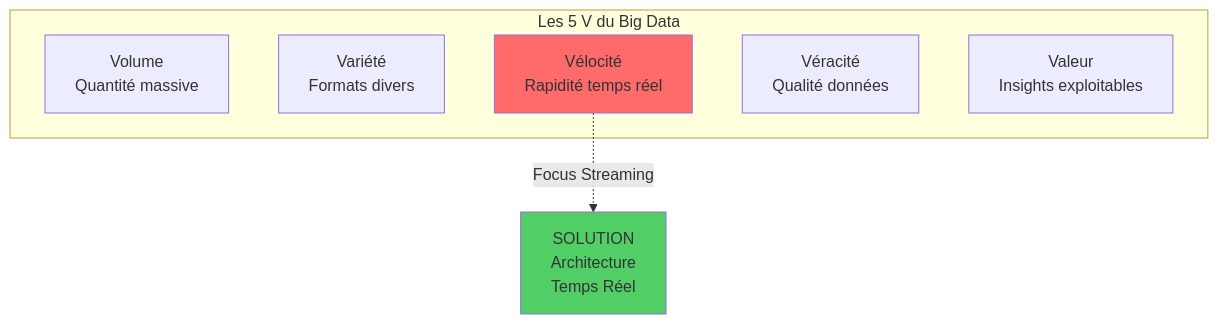
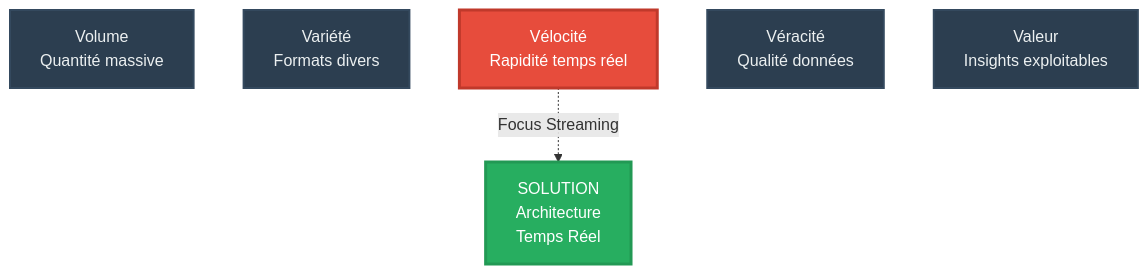
Before and after one commit to inskillflow/AWS-Streaming-Analytics-Pipeline-Kinesis-Firehose-Lambda-OpenSearch: the first of 5 diagrams in FORMATION-PROFESSIONNELLE-PARTIE-1/01-COURS/MODULE-01-Architecture-Streaming-AWS.md, drawn with Mermaid. The commit also changed other lines of this file and 2 other files, not shown here.

````diff
--- a/FORMATION-PROFESSIONNELLE-PARTIE-1/01-COURS/MODULE-01-Architecture-Streaming-AWS.md
+++ b/FORMATION-PROFESSIONNELLE-PARTIE-1/01-COURS/MODULE-01-Architecture-Streaming-AWS.md
@@ -16,14 +12,17 @@
 ```mermaid
 graph TB
-    subgraph "Les 5 V du Big Data"
-        A[Volume<br/>Quantité massive]
-        B[Variété<br/>Formats divers]
-        C[Vélocité<br/>Rapidité temps réel]
-        D[Véracité<br/>Qualité données]
-        E[Valeur<br/>Insights exploitables]
-    end
+    A[Volume<br/>Quantité massive]
+    B[Variété<br/>Formats divers]
+    C[Vélocité<br/>Rapidité temps réel]
+    D[Véracité<br/>Qualité données]
+    E[Valeur<br/>Insights exploitables]
+    
     C -.->|Focus Streaming| F[SOLUTION<br/>Architecture<br/>Temps Réel]
     
-    style C fill:#ff6b6b
-    style F fill:#51cf66
+    style A fill:#2c3e50,stroke:#34495e,stroke-width:2px,color:#ecf0f1
+    style B fill:#2c3e50,stroke:#34495e,stroke-width:2px,color:#ecf0f1
+    style C fill:#e74c3c,stroke:#c0392b,stroke-width:3px,color:#fff
+    style D fill:#2c3e50,stroke:#34495e,stroke-width:2px,color:#ecf0f1
+    style E fill:#2c3e50,stroke:#34495e,stroke-width:2px,color:#ecf0f1
+    style F fill:#27ae60,stroke:#229954,stroke-width:3px,color:#fff
 ```
````
